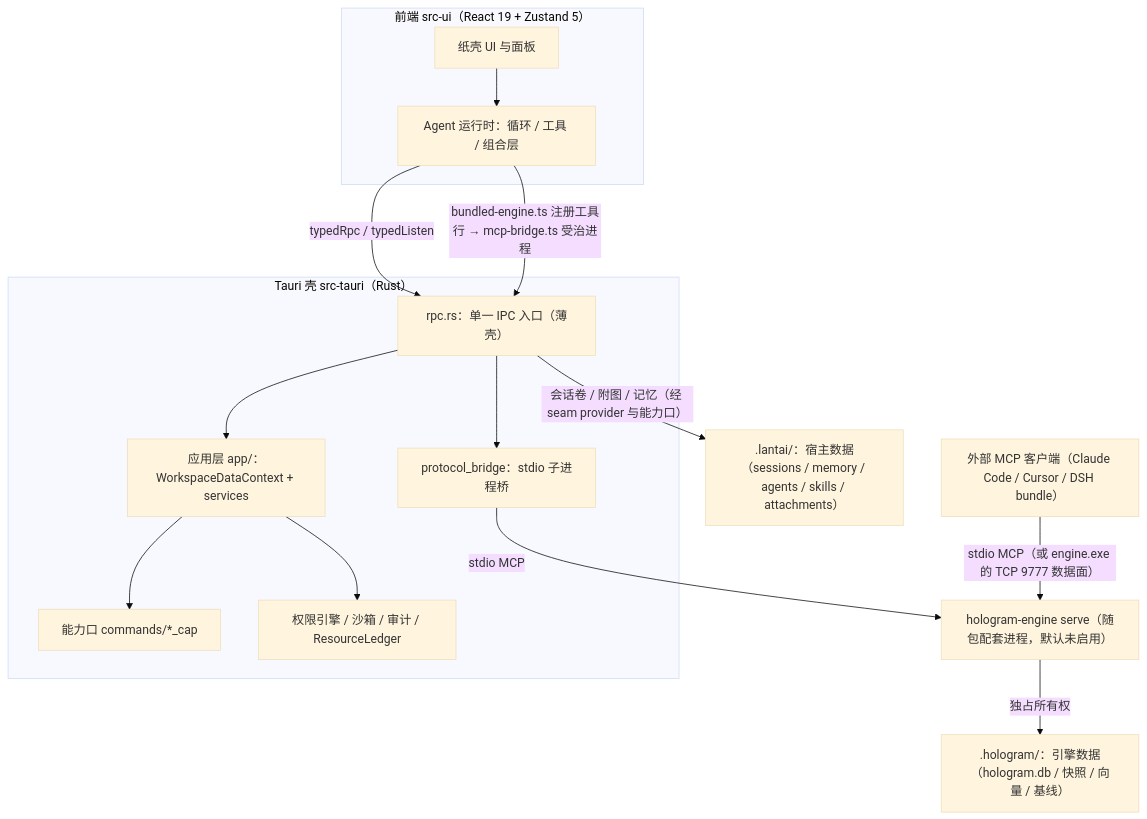
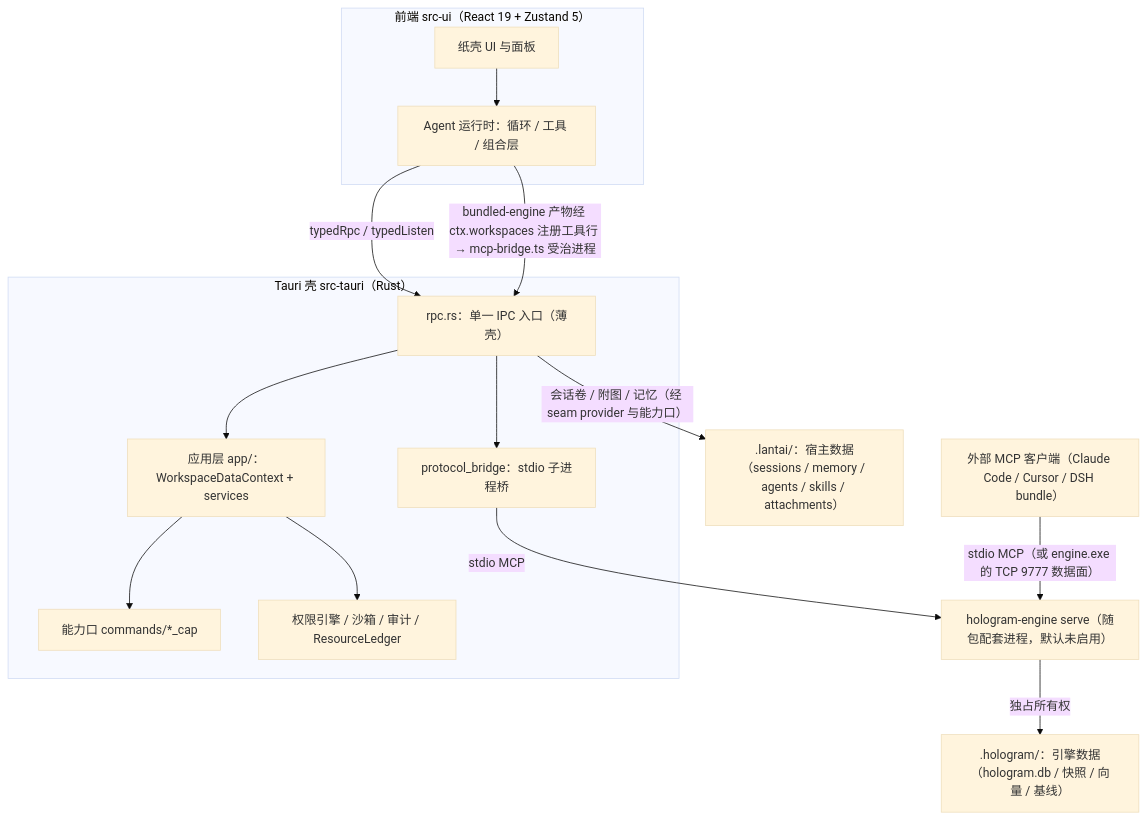
The diagram in ARCHITECTURE.md (834063245-creator/LantaiAgent), drawn with Mermaid (base theme) before and after one commit. The commit also changed other lines of this file and 14 other files, not shown here.

````diff
--- a/ARCHITECTURE.md
+++ b/ARCHITECTURE.md
@@ -46,30 +46,30 @@
 ```mermaid
 flowchart TD
   subgraph FE["前端 src-ui（React 19 + Zustand 5）"]
     AGENT["Agent 运行时：循环 / 工具 / 组合层"]
     UI["纸壳 UI 与面板"]
   end
   subgraph SHELL["Tauri 壳 src-tauri（Rust）"]
     RPC["rpc.rs：单一 IPC 入口（薄壳）"]
     APP["应用层 app/：WorkspaceDataContext + services"]
     CAP["能力口 commands/*_cap"]
     GUARD["权限引擎 / 沙箱 / 审计 / ResourceLedger"]
     PB["protocol_bridge：stdio 子进程桥"]
   end
   ENGINE["hologram-engine serve（随包配套进程，默认未启用）"]
   WS[".lantai/：宿主数据（sessions / memory / agents / skills / attachments）"]
   HOLO[".hologram/：引擎数据（hologram.db / 快照 / 向量 / 基线）"]
   EXT["外部 MCP 客户端（Claude Code / Cursor / DSH bundle）"]
 
   UI --> AGENT
   AGENT -- "typedRpc / typedListen" --> RPC
   RPC --> APP
   APP --> CAP
   APP --> GUARD
-  AGENT -- "bundled-engine.ts 注册工具行 → mcp-bridge.ts 受治进程" --> RPC
+  AGENT -- "bundled-engine 产物经 ctx.workspaces 注册工具行 → mcp-bridge.ts 受治进程" --> RPC
   RPC --> PB
   PB -- "stdio MCP" --> ENGINE
   RPC -- "会话卷 / 附图 / 记忆（经 seam provider 与能力口）" --> WS
   ENGINE -- "独占所有权" --> HOLO
   EXT -- "stdio MCP（或 engine.exe 的 TCP 9777 数据面）" --> ENGINE
 ```
````
